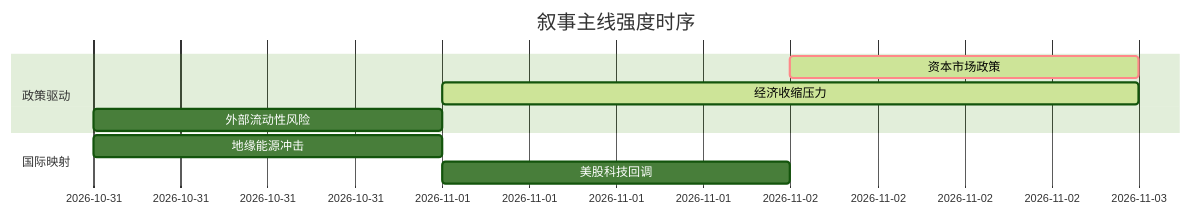
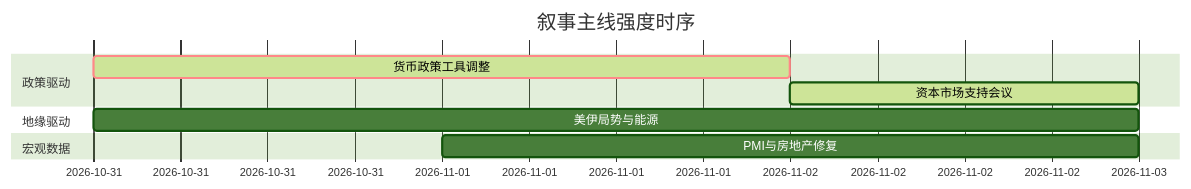
One commit to uu5zn/uu5zn.github.io changed the diagram in 5day_report.md. Above: the diagram before and after it, drawn with Mermaid (forest theme). The commit also changed other lines of this file and 23 other files, not shown here.

````diff
--- a/5day_report.md
+++ b/5day_report.md
@@ -56,13 +56,14 @@
 ```mermaid
 gantt
     title 叙事主线强度时序
     dateFormat  YYYY-MM-DD
     section 政策驱动
-    资本市场政策   :crit, active, 2026-11-02, 1d
-    经济收缩压力   :active, 2026-11-01, 2d
-    外部流动性风险 :2026-10-31, 1d
+    货币政策工具调整   :crit, active, 2026-10-31, 2d
+    资本市场支持会议   :active, 2026-11-02, 1d
     
-    section 国际映射
-    地缘能源冲击   :2026-10-31, 1d
-    美股科技回调   :2026-11-01, 1d
+    section 地缘驱动
+    美伊局势与能源   :2026-10-31, 3d
+    
+    section 宏观数据
+    PMI与房地产修复   :2026-11-01, 2d
 ```
````
